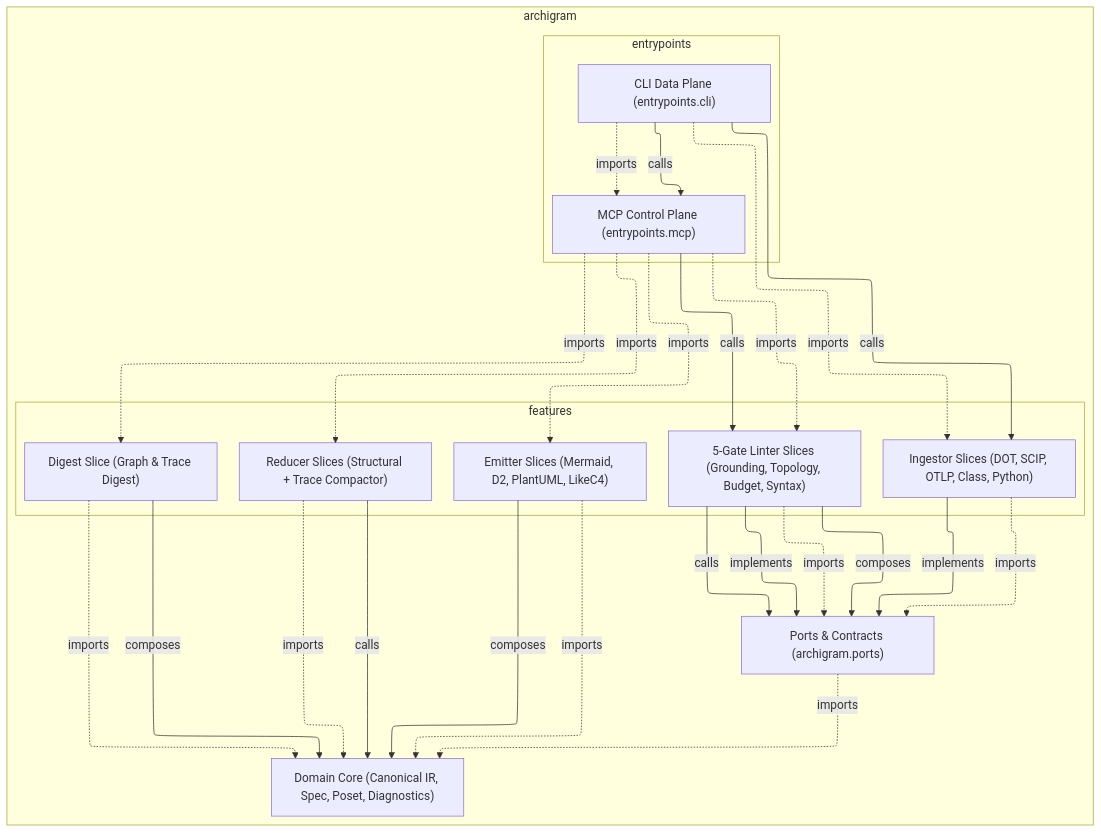
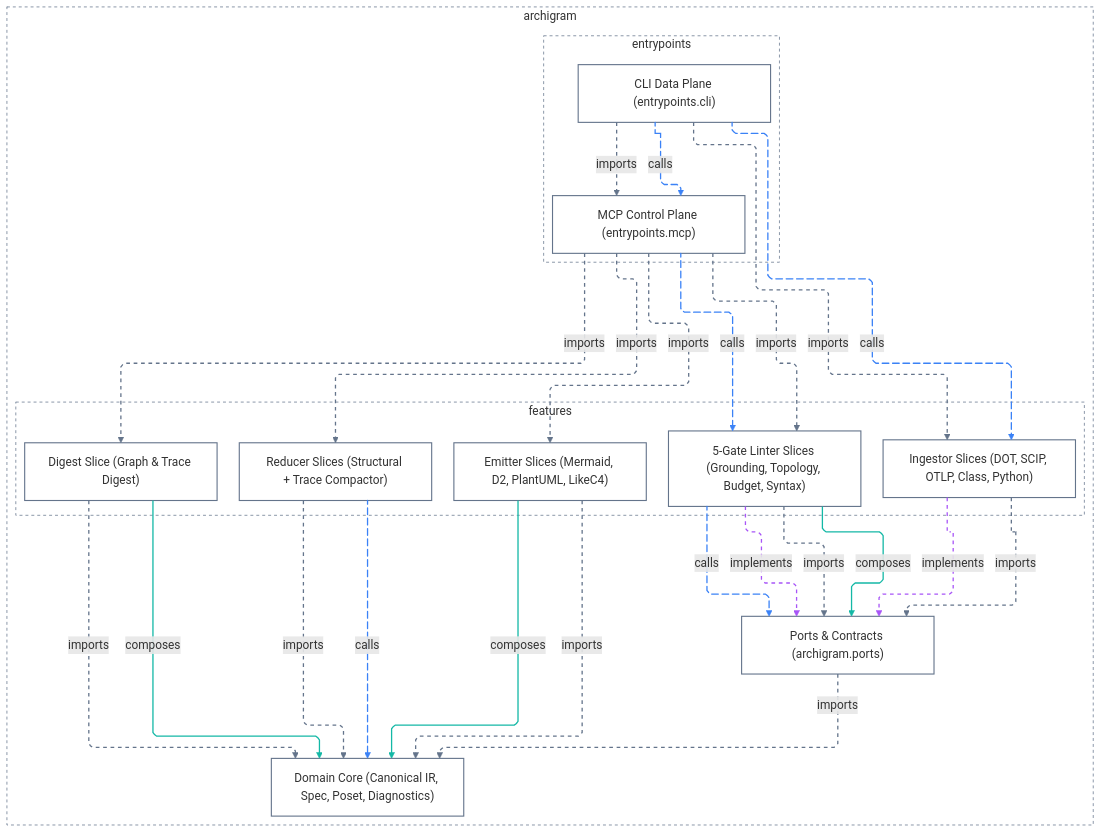
Before and after one commit to klcd/archigram: the diagram in docs/architecture/diagrams/l0_hexagonal_rings_mermaid.mmd, drawn with Mermaid. The commit also changed 58 other files, not shown here.

```diff
--- a/docs/architecture/diagrams/l0_hexagonal_rings_mermaid.mmd
+++ b/docs/architecture/diagrams/l0_hexagonal_rings_mermaid.mmd
@@ -1,42 +1,88 @@
 ---
 config:
   layout: elk
+  look: classic
+  elk:
+    mergeEdges: false
+    nodePlacementStrategy: BRANDES_KOEPF
+  flowchart:
+    curve: linear
+  themeVariables:
+    primaryColor: transparent
+    secondaryColor: transparent
+    tertiaryColor: transparent
+    mainBkg: transparent
+    nodeBorder: '#64748b'
+    clusterBkg: transparent
+    clusterBorder: '#64748b'
+    lineColor: '#64748b'
 ---
 flowchart TD
+  classDef default fill:transparent,stroke:#64748b,stroke-width:1.5px
   subgraph n_0_archigram_983b03["archigram"]
     subgraph n_1_archigram_entryp_6a8ce0["entrypoints"]
       n_3_cli_dataplane_493a5b["CLI Data Plane (entrypoints.cli)"]
       n_10_mcp_controlplane_ff4d3b["MCP Control Plane (entrypoints.mcp)"]
     end
     subgraph n_2_archigram_featur_e6f01e["features"]
       n_5_feature_digest_52876d["Digest Slice (Graph & Trace Digest)"]
       n_6_feature_emitters_75a4c0["Emitter Slices (Mermaid, D2, PlantUML, LikeC4)"]
       n_7_feature_ingestor_73234e["Ingestor Slices (DOT, SCIP, OTLP, Class, Python)"]
       n_8_feature_linters_57c819["5-Gate Linter Slices (Grounding, Topology, Budget, Syntax)"]
       n_9_feature_reducers_8a2858["Reducer Slices (Structural + Trace Compactor)"]
     end
     n_4_domain_core_f195b2["Domain Core (Canonical IR, Spec, Poset, Diagnostics)"]
     n_11_ports_contracts_d0accd["Ports & Contracts (archigram.ports)"]
   end
+  style n_0_archigram_983b03 fill:transparent,stroke:#64748b,stroke-width:1px,stroke-dasharray:4 4
+  style n_1_archigram_entryp_6a8ce0 fill:transparent,stroke:#64748b,stroke-width:1px,stroke-dasharray:4 4
+  style n_2_archigram_featur_e6f01e fill:transparent,stroke:#64748b,stroke-width:1px,stroke-dasharray:4 4
   n_5_feature_digest_52876d -.->|"imports"| n_4_domain_core_f195b2
   n_5_feature_digest_52876d -->|"composes"| n_4_domain_core_f195b2
   n_9_feature_reducers_8a2858 -.->|"imports"| n_4_domain_core_f195b2
-  n_9_feature_reducers_8a2858 -->|"calls"| n_4_domain_core_f195b2
+  n_9_feature_reducers_8a2858 e_3@-->|"calls"| n_4_domain_core_f195b2
+  e_3@{ animate: true }
   n_11_ports_contracts_d0accd -.->|"imports"| n_4_domain_core_f195b2
   n_6_feature_emitters_75a4c0 -.->|"imports"| n_4_domain_core_f195b2
   n_6_feature_emitters_75a4c0 -->|"composes"| n_4_domain_core_f195b2
   n_10_mcp_controlplane_ff4d3b -.->|"imports"| n_5_feature_digest_52876d
   n_10_mcp_controlplane_ff4d3b -.->|"imports"| n_6_feature_emitters_75a4c0
-  n_3_cli_dataplane_493a5b -->|"calls"| n_7_feature_ingestor_73234e
+  n_3_cli_dataplane_493a5b e_9@-->|"calls"| n_7_feature_ingestor_73234e
+  e_9@{ animate: true }
   n_3_cli_dataplane_493a5b -.->|"imports"| n_7_feature_ingestor_73234e
   n_10_mcp_controlplane_ff4d3b -.->|"imports"| n_8_feature_linters_57c819
-  n_10_mcp_controlplane_ff4d3b -->|"calls"| n_8_feature_linters_57c819
+  n_10_mcp_controlplane_ff4d3b e_12@-->|"calls"| n_8_feature_linters_57c819
+  e_12@{ animate: true }
   n_10_mcp_controlplane_ff4d3b -.->|"imports"| n_9_feature_reducers_8a2858
-  n_3_cli_dataplane_493a5b -->|"calls"| n_10_mcp_controlplane_ff4d3b
+  n_3_cli_dataplane_493a5b e_14@-->|"calls"| n_10_mcp_controlplane_ff4d3b
+  e_14@{ animate: true }
   n_3_cli_dataplane_493a5b -.->|"imports"| n_10_mcp_controlplane_ff4d3b
-  n_8_feature_linters_57c819 -->|"implements"| n_11_ports_contracts_d0accd
+  n_8_feature_linters_57c819 -.->|"implements"| n_11_ports_contracts_d0accd
   n_8_feature_linters_57c819 -.->|"imports"| n_11_ports_contracts_d0accd
-  n_7_feature_ingestor_73234e -->|"implements"| n_11_ports_contracts_d0accd
+  n_7_feature_ingestor_73234e -.->|"implements"| n_11_ports_contracts_d0accd
   n_7_feature_ingestor_73234e -.->|"imports"| n_11_ports_contracts_d0accd
   n_8_feature_linters_57c819 -->|"composes"| n_11_ports_contracts_d0accd
-  n_8_feature_linters_57c819 -->|"calls"| n_11_ports_contracts_d0accd
+  n_8_feature_linters_57c819 e_21@-->|"calls"| n_11_ports_contracts_d0accd
+  e_21@{ animate: true }
+  linkStyle 0 stroke:#64748b,stroke-width:1.75px,stroke-dasharray:5 5
+  linkStyle 1 stroke:#14b8a6,stroke-width:1.75px
+  linkStyle 2 stroke:#64748b,stroke-width:1.75px,stroke-dasharray:5 5
+  linkStyle 3 stroke:#3b82f6,stroke-width:1.75px
+  linkStyle 4 stroke:#64748b,stroke-width:1.75px,stroke-dasharray:5 5
+  linkStyle 5 stroke:#64748b,stroke-width:1.75px,stroke-dasharray:5 5
+  linkStyle 6 stroke:#14b8a6,stroke-width:1.75px
+  linkStyle 7 stroke:#64748b,stroke-width:1.75px,stroke-dasharray:5 5
+  linkStyle 8 stroke:#64748b,stroke-width:1.75px,stroke-dasharray:5 5
+  linkStyle 9 stroke:#3b82f6,stroke-width:1.75px
+  linkStyle 10 stroke:#64748b,stroke-width:1.75px,stroke-dasharray:5 5
+  linkStyle 11 stroke:#64748b,stroke-width:1.75px,stroke-dasharray:5 5
+  linkStyle 12 stroke:#3b82f6,stroke-width:1.75px
+  linkStyle 13 stroke:#64748b,stroke-width:1.75px,stroke-dasharray:5 5
+  linkStyle 14 stroke:#3b82f6,stroke-width:1.75px
+  linkStyle 15 stroke:#64748b,stroke-width:1.75px,stroke-dasharray:5 5
+  linkStyle 16 stroke:#a855f7,stroke-width:1.75px,stroke-dasharray:5 5
+  linkStyle 17 stroke:#64748b,stroke-width:1.75px,stroke-dasharray:5 5
+  linkStyle 18 stroke:#a855f7,stroke-width:1.75px,stroke-dasharray:5 5
+  linkStyle 19 stroke:#64748b,stroke-width:1.75px,stroke-dasharray:5 5
+  linkStyle 20 stroke:#14b8a6,stroke-width:1.75px
+  linkStyle 21 stroke:#3b82f6,stroke-width:1.75px
```
